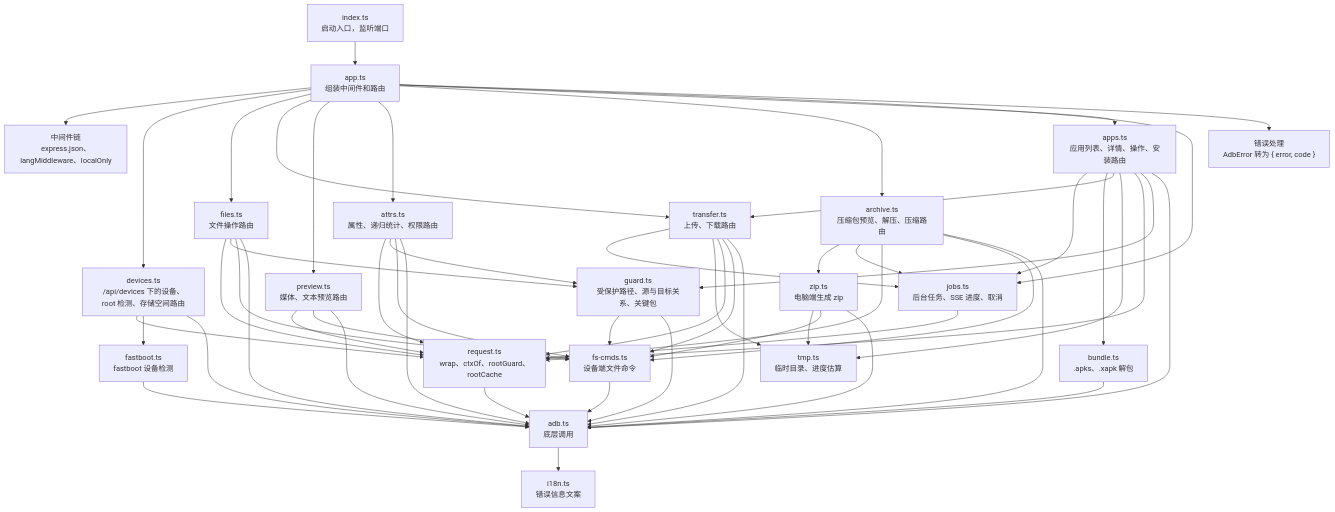
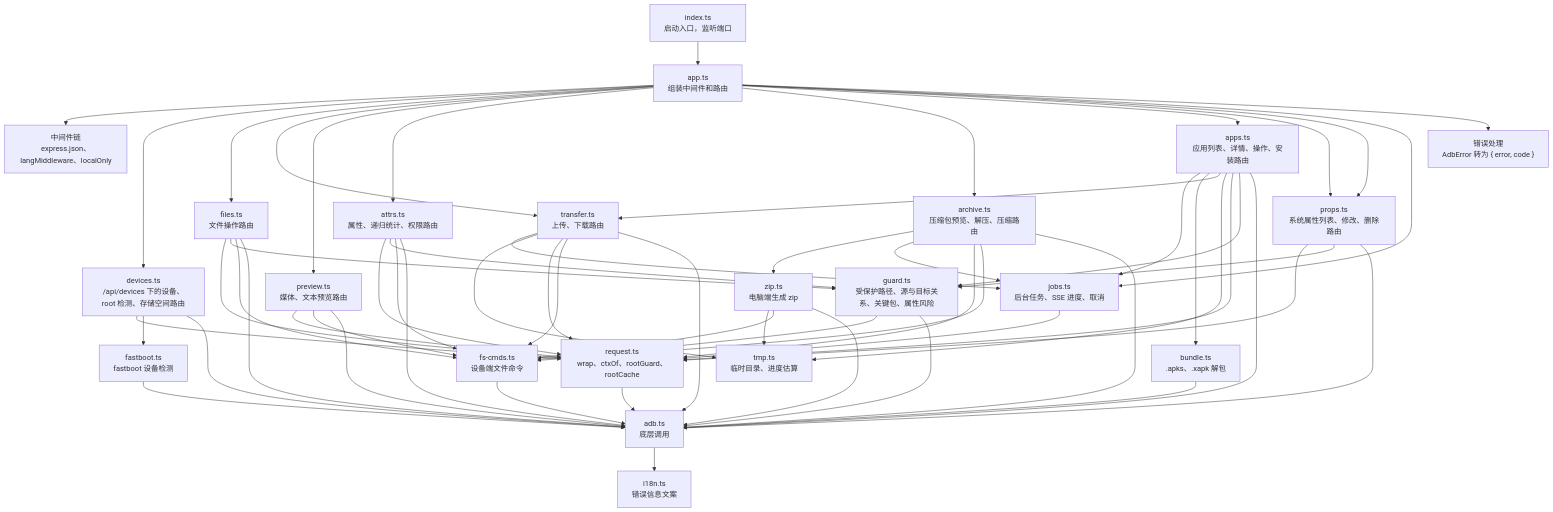
The third of 13 diagrams in docs/architecture.md (wynnyu/adb-file-manager), drawn with Mermaid before and after one commit. The commit also changed other lines of this file and 5 other files, not shown here.

````diff
--- a/docs/architecture.md
+++ b/docs/architecture.md
@@ -68,26 +68,28 @@
 ```mermaid
 flowchart TB
   index["index.ts<br/>启动入口，监听端口"] --> app["app.ts<br/>组装中间件和路由"]
   app --> mw["中间件链<br/>express.json、langMiddleware、localOnly"]
   app --> devices["devices.ts<br/>/api/devices 下的设备、root 检测、存储空间路由"]
   app --> files["files.ts<br/>文件操作路由"]
   app --> transfer["transfer.ts<br/>上传、下载路由"]
   app --> preview["preview.ts<br/>媒体、文本预览路由"]
   app --> attrs["attrs.ts<br/>属性、递归统计、权限路由"]
   app --> archive["archive.ts<br/>压缩包预览、解压、压缩路由"]
   app --> apps["apps.ts<br/>应用列表、详情、操作、安装路由"]
+  app --> props["props.ts<br/>系统属性列表、修改、删除路由"]
+  app --> props["props.ts<br/>系统属性列表、修改、删除路由"]
   app --> jobs["jobs.ts<br/>后台任务、SSE 进度、取消"]
   archive --> zip["zip.ts<br/>电脑端生成 zip"]
   archive & transfer & apps --> jobs
   apps --> bundle["bundle.ts<br/>.apks、.xapk 解包"]
   apps --> transfer
   zip & transfer & apps --> tmp["tmp.ts<br/>临时目录、进度估算"]
   app --> errh["错误处理<br/>AdbError 转为 { error, code }"]
-  files & transfer & preview & attrs & archive & devices & jobs & apps --> request["request.ts<br/>wrap、ctxOf、rootGuard、rootCache"]
-  files & attrs & apps --> guard["guard.ts<br/>受保护路径、源与目标关系、关键包"]
+  files & transfer & preview & attrs & archive & devices & jobs & apps & props --> request["request.ts<br/>wrap、ctxOf、rootGuard、rootCache"]
+  files & attrs & apps & props --> guard["guard.ts<br/>受保护路径、源与目标关系、关键包、属性风险"]
   files & transfer & preview & attrs & archive & zip & guard --> fscmds["fs-cmds.ts<br/>设备端文件命令"]
   devices --> fastboot["fastboot.ts<br/>fastboot 设备检测"]
   fastboot --> adb
-  fscmds & devices & request & guard & files & transfer & preview & attrs & archive & zip & apps & bundle --> adb["adb.ts<br/>底层调用"]
+  fscmds & devices & request & guard & files & transfer & preview & attrs & archive & zip & apps & props & bundle --> adb["adb.ts<br/>底层调用"]
   adb --> i18n["i18n.ts<br/>错误信息文案"]
 ```
````
